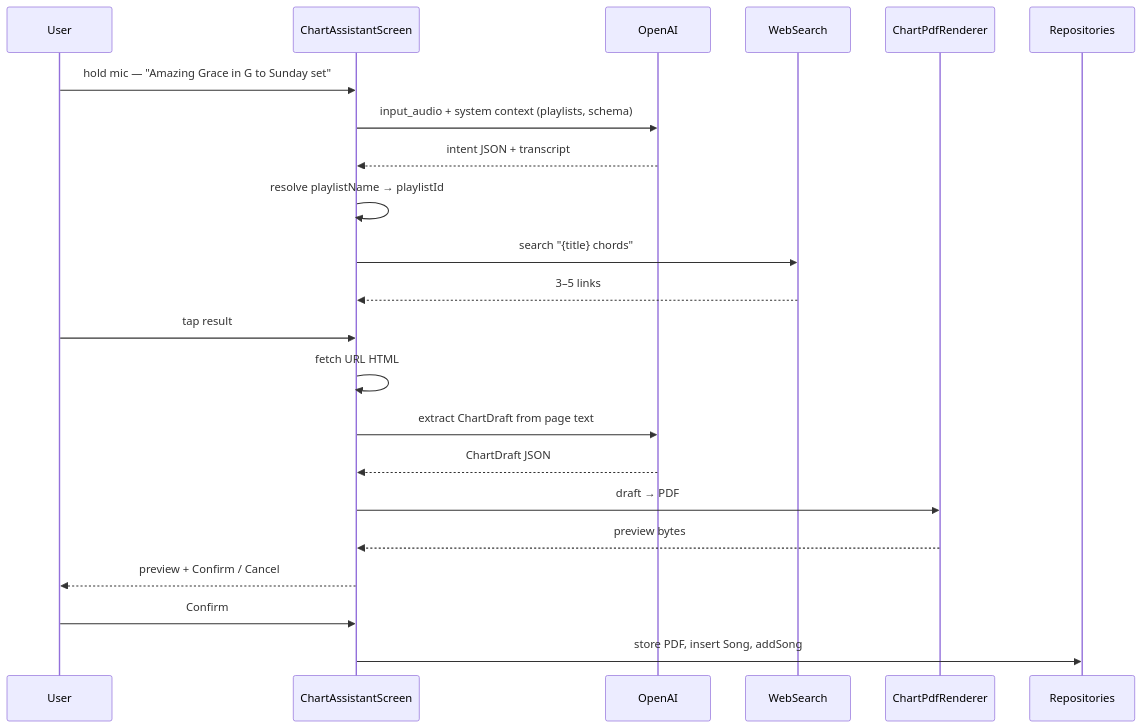
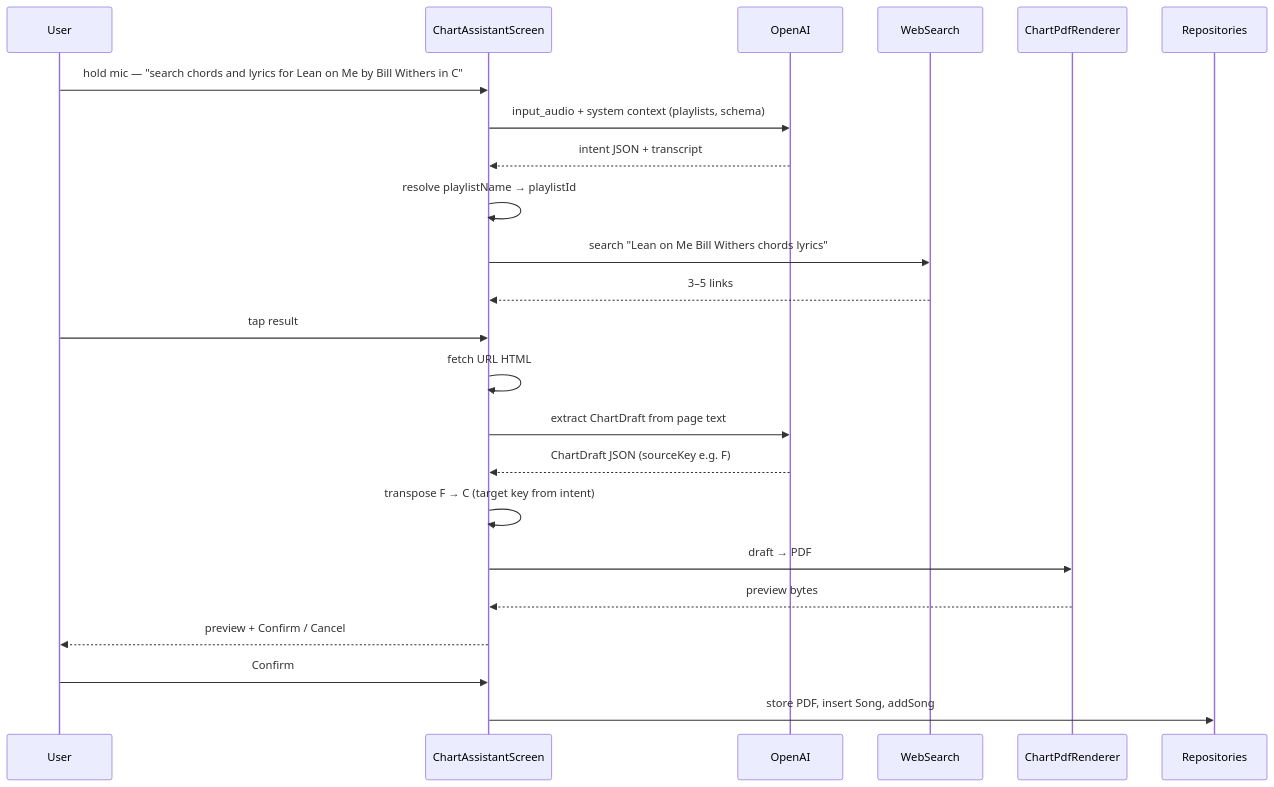
One commit to diegoboston/playlists changed the diagram in report/ai-chord-chart-integration.md. Above: the diagram before and after it, drawn with Mermaid. The commit also changed other lines of this file and 29 other files, not shown here.

````diff
--- a/report/ai-chord-chart-integration.md
+++ b/report/ai-chord-chart-integration.md
@@ -61,25 +63,26 @@
 ```mermaid
 sequenceDiagram
     participant User
     participant UI as ChartAssistantScreen
     participant OpenAI
     participant Web as WebSearch
     participant Render as ChartPdfRenderer
     participant Repo as Repositories
 
-    User->>UI: hold mic — "Amazing Grace in G to Sunday set"
+    User->>UI: hold mic — "search chords and lyrics for Lean on Me by Bill Withers in C"
     UI->>OpenAI: input_audio + system context (playlists, schema)
     OpenAI-->>UI: intent JSON + transcript
     UI->>UI: resolve playlistName → playlistId
-    UI->>Web: search "{title} chords"
+    UI->>Web: search "Lean on Me Bill Withers chords lyrics"
     Web-->>UI: 3–5 links
     User->>UI: tap result
     UI->>UI: fetch URL HTML
     UI->>OpenAI: extract ChartDraft from page text
-    OpenAI-->>UI: ChartDraft JSON
+    OpenAI-->>UI: ChartDraft JSON (sourceKey e.g. F)
+    UI->>UI: transpose F → C (target key from intent)
     UI->>Render: draft → PDF
     Render-->>UI: preview bytes
     UI-->>User: preview + Confirm / Cancel
     User->>UI: Confirm
     UI->>Repo: store PDF, insert Song, addSong
 ```
````
